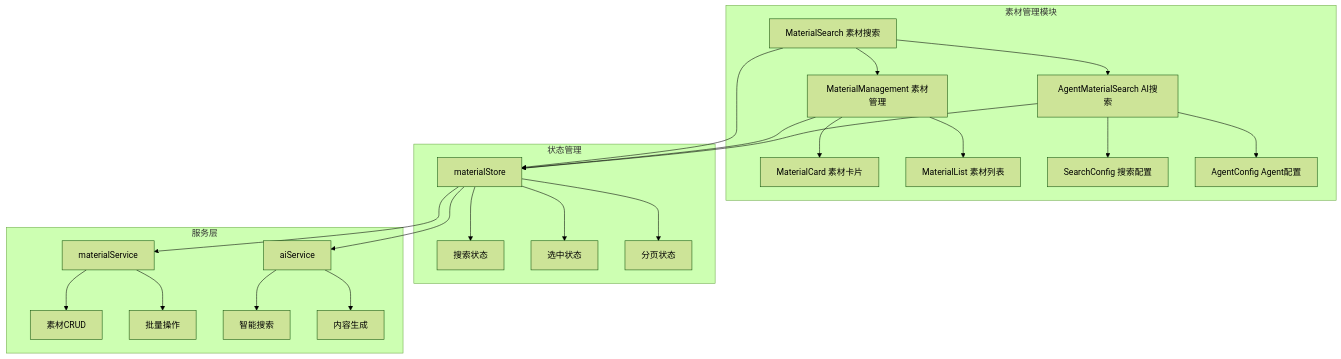
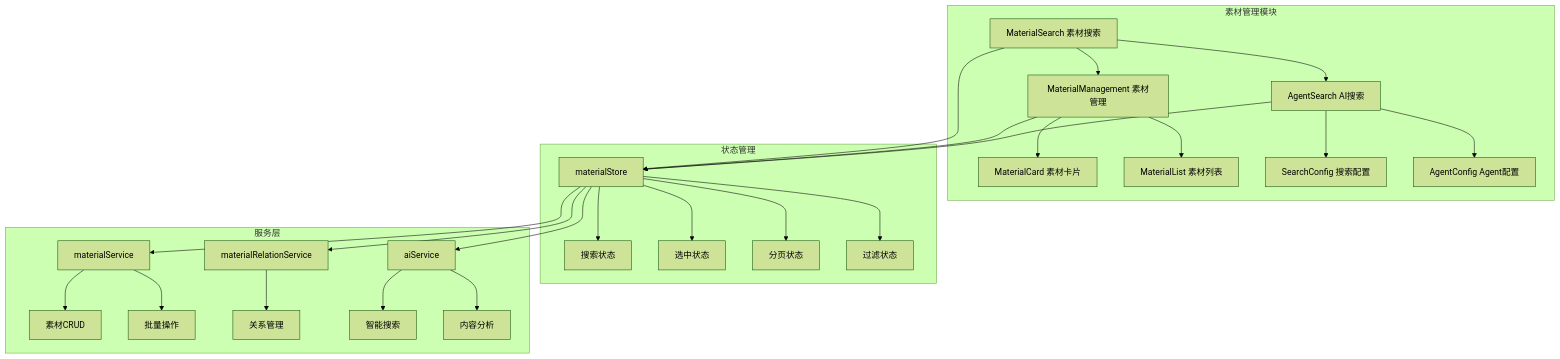
The fourth of 9 diagrams in 系统架构简化版.md (gastby-ghost/renews_frontend), drawn with Mermaid (forest theme) before and after one commit. The commit also changed other lines of this file and 10 other files, not shown here.

````diff
--- a/系统架构简化版.md
+++ b/系统架构简化版.md
@@ -400,30 +564,33 @@
 ```mermaid
 graph TB
     subgraph "素材管理模块"
         A[MaterialSearch 素材搜索] --> B[MaterialManagement 素材管理]
-        A --> C[AgentMaterialSearch AI搜索]
+        A --> C[AgentSearch AI搜索]
         B --> D[MaterialCard 素材卡片]
         B --> E[MaterialList 素材列表]
         C --> F[SearchConfig 搜索配置]
         C --> G[AgentConfig Agent配置]
     end
 
     subgraph "状态管理"
         H[materialStore] --> I[搜索状态]
         H --> J[选中状态]
         H --> K[分页状态]
+        H --> L[过滤状态]
     end
 
     subgraph "服务层"
-        L[materialService] --> M[素材CRUD]
-        L --> N[批量操作]
-        O[aiService] --> P[智能搜索]
-        O --> Q[内容生成]
+        M[materialService] --> N[素材CRUD]
+        M --> O[批量操作]
+        P[materialRelationService] --> Q[关系管理]
+        R[aiService] --> S[智能搜索]
+        R --> T[内容分析]
     end
 
     A --> H
     B --> H
     C --> H
-    H --> L
-    H --> O
+    H --> M
+    H --> P
+    H --> R
 ```
````
